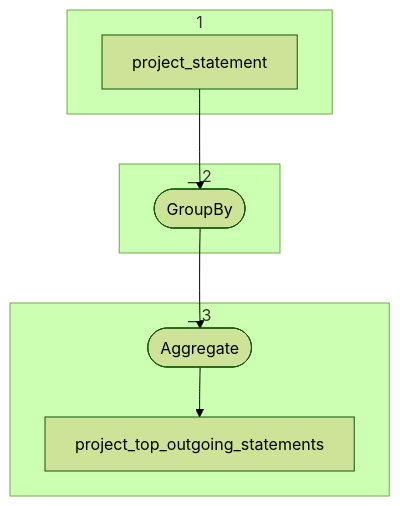
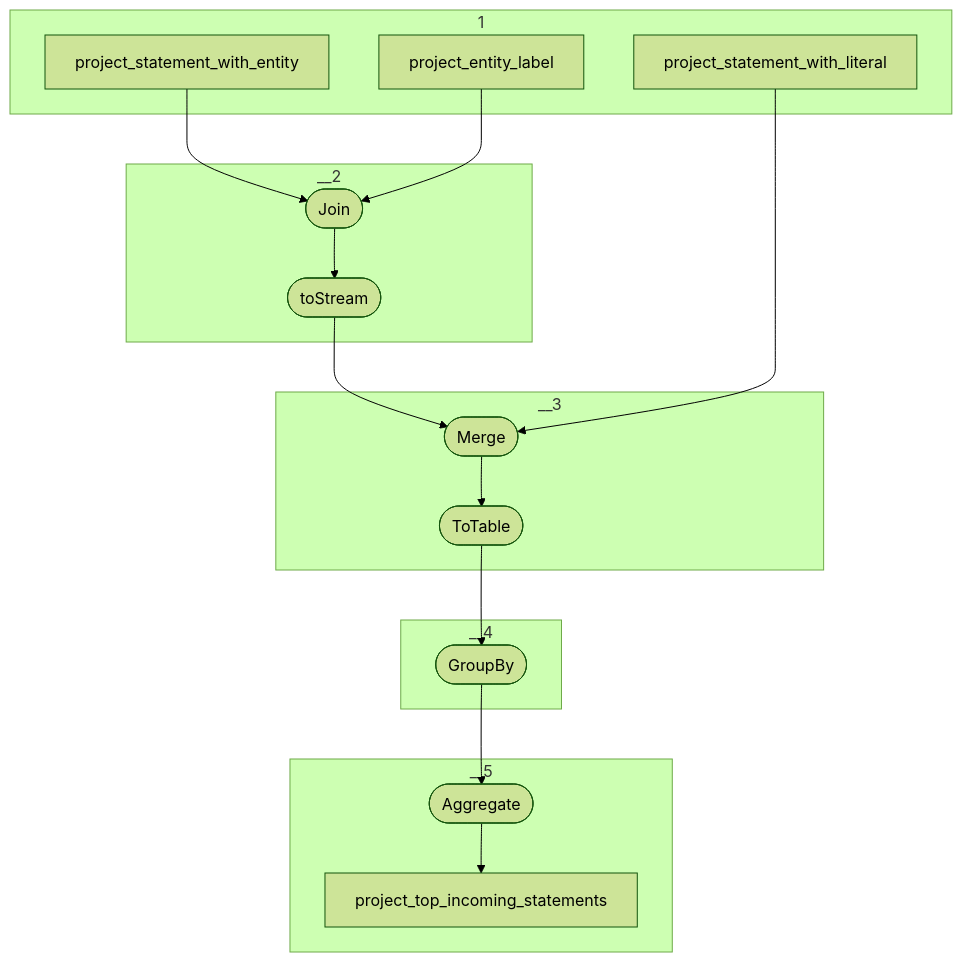
One commit to geovistory/toolbox-streams changed the diagram in app/src/main/java/org/geovistory/toolbox/streams/topologies/ProjectTopOutgoingStatements.md. Above: the diagram before and after it, drawn with Mermaid (forest theme). The commit also changed other lines of this file and 32 other files, not shown here.

````diff
--- a/app/src/main/java/org/geovistory/toolbox/streams/topologies/ProjectTopOutgoingStatements.md
+++ b/app/src/main/java/org/geovistory/toolbox/streams/topologies/ProjectTopOutgoingStatements.md
@@ -5,16 +5,27 @@
 ```mermaid
 flowchart TD
-    1a-->2a-->3a-->3b
-   
+    1a-->2a-->2b-->3a-->3b-->4a-->5a-->5b
+    1c-->2a
+    1b-->3a
     subgraph 1
-        1a[project_statement]
+        1a[project_statement_with_entity]
+        1b[project_statement_with_literal]
+        1c[project_entity_label]
     end
     subgraph __2
-        2a([GroupBy])
+        2a([Join])
+        2b([toStream])
     end  
     subgraph __3
-        3a([Aggregate])
-        3b[project_top_outgoing_statements]
+        3a([Merge])
+        3b([ToTable])
+    end  
+    subgraph __4
+        4a([GroupBy])
+    end  
+    subgraph __5
+        5a([Aggregate])
+        5b[project_top_incoming_statements]
     end
 
 ```
````
